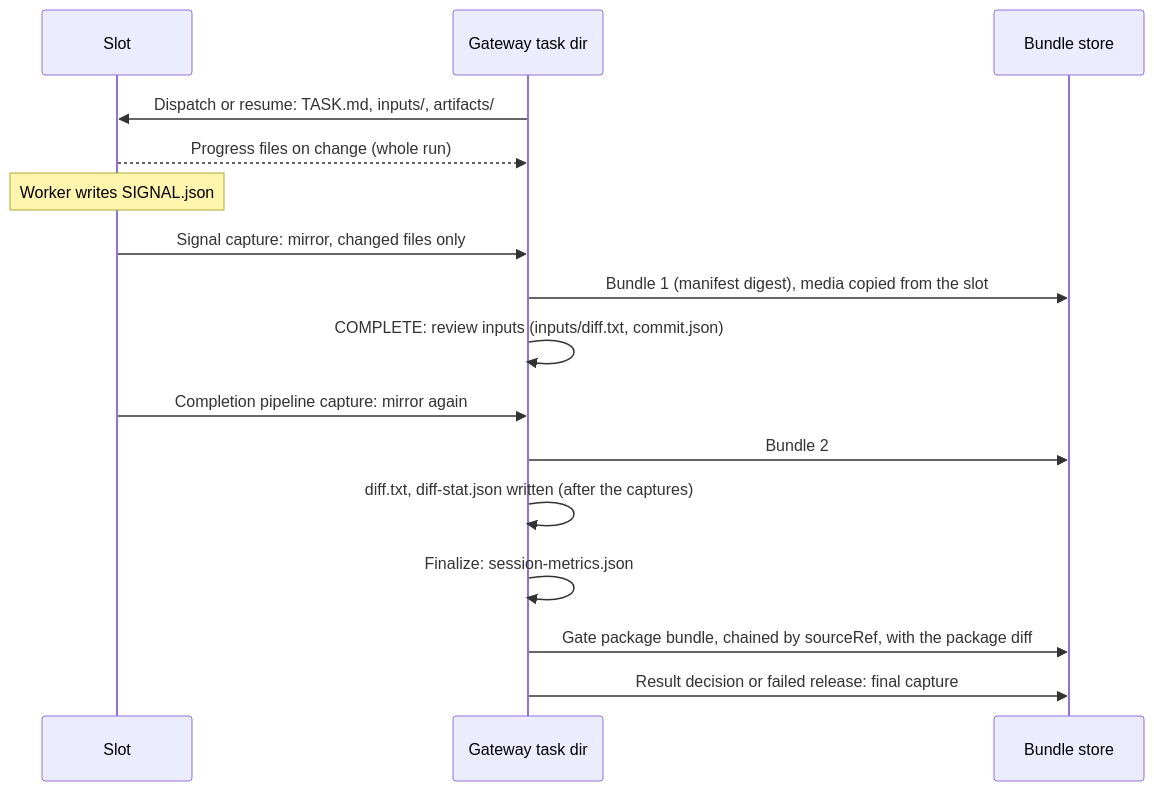
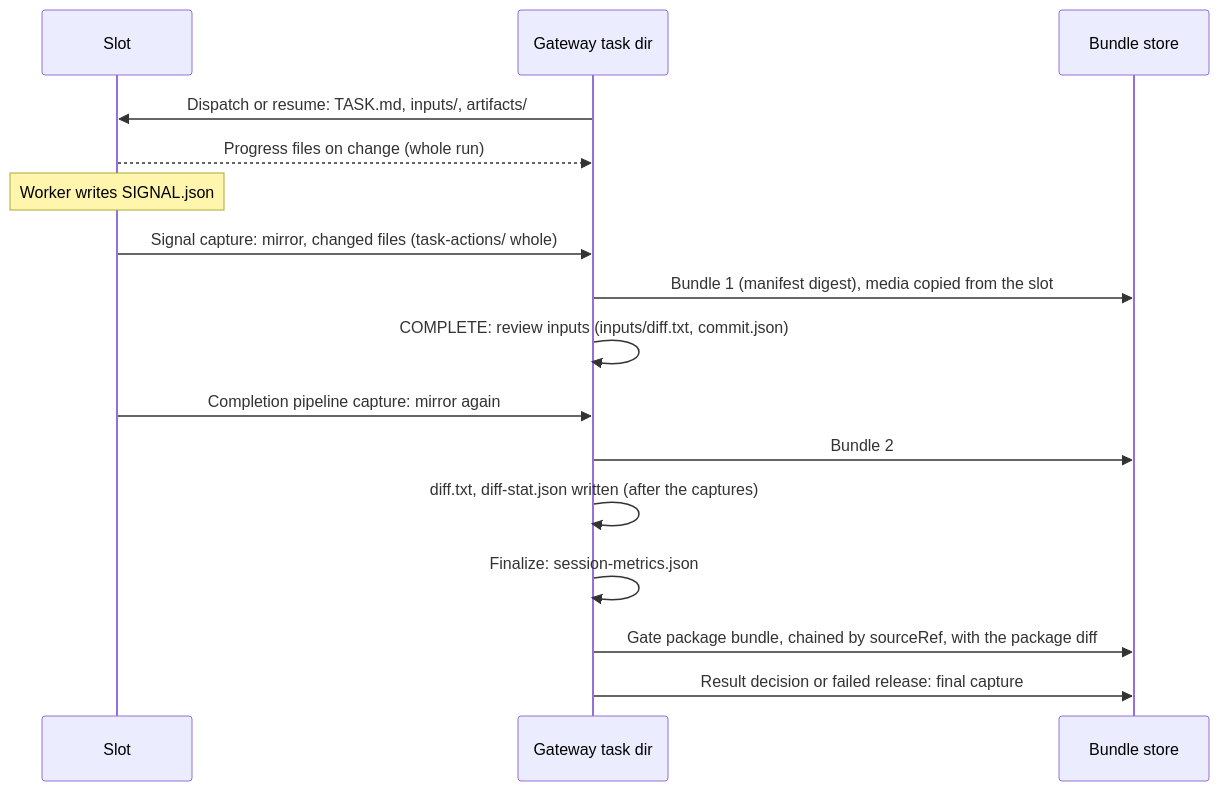
The first of 3 diagrams in docs/reference/run-data-sync.md (deeeed/farmslot), drawn with Mermaid before and after one commit. The commit also changed other lines of this file and 2 other files, not shown here.

````diff
--- a/docs/reference/run-data-sync.md
+++ b/docs/reference/run-data-sync.md
@@ -83,18 +85,18 @@
 ```mermaid
 sequenceDiagram
   participant S as Slot
   participant G as Gateway task dir
   participant B as Bundle store
   G->>S: Dispatch or resume: TASK.md, inputs/, artifacts/
   S-->>G: Progress files on change (whole run)
   Note over S: Worker writes SIGNAL.json
-  S->>G: Signal capture: mirror, changed files only
+  S->>G: Signal capture: mirror, changed files (task-actions/ whole)
   G->>B: Bundle 1 (manifest digest), media copied from the slot
   G->>G: COMPLETE: review inputs (inputs/diff.txt, commit.json)
   S->>G: Completion pipeline capture: mirror again
   G->>B: Bundle 2
   G->>G: diff.txt, diff-stat.json written (after the captures)
   G->>G: Finalize: session-metrics.json
   G->>B: Gate package bundle, chained by sourceRef, with the package diff
   G->>B: Result decision or failed release: final capture
 ```
````
